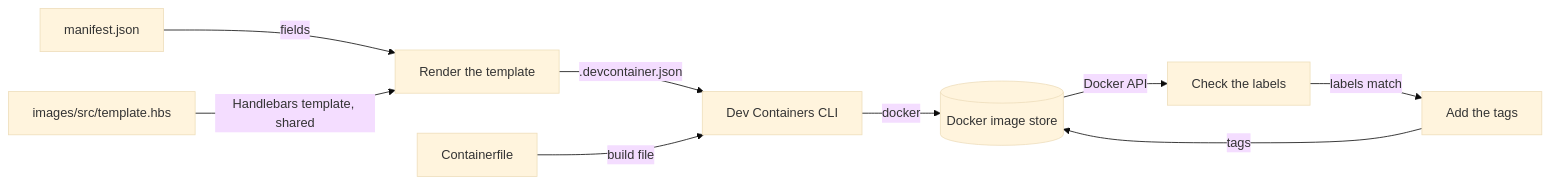
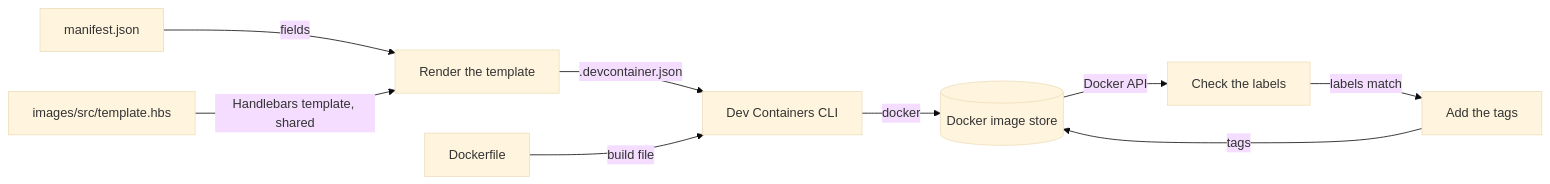
The diagram in docs/images/builds.md (froazin/devcontainers), drawn with Mermaid (base theme) before and after one commit. The commit also changed other lines of this file and 22 other files, not shown here.

First line of the commit message:
feat(images): Run systemd as PID 1 in the base image

````diff
--- a/docs/images/builds.md
+++ b/docs/images/builds.md
@@ -16,13 +16,13 @@
 ```mermaid
 flowchart LR
     accTitle: How an image is built and tagged
-    accDescr: The build renders the image's manifest.json and the shared images/src/template.hbs into the image's .devcontainer.json. The Dev Containers CLI builds the image from it and the Containerfile, by running docker. The image lands in Docker's image store. The build then reads the image through the Docker API, checks its labels against the manifest and adds its tags.
+    accDescr: The build renders the image's manifest.json and the shared images/src/template.hbs into the image's .devcontainer.json. The Dev Containers CLI builds the image from it and the Dockerfile, by running docker. The image lands in Docker's image store. The build then reads the image through the Docker API, checks its labels against the manifest and adds its tags.
     manifest[manifest.json] -->|fields| render[Render the template]
     template[images/src/template.hbs] -->|Handlebars template, shared| render
     render -->|.devcontainer.json| cli[Dev Containers CLI]
-    containerfile[Containerfile] -->|build file| cli
+    dockerfile[Dockerfile] -->|build file| cli
     cli -->|docker| store[(Docker image store)]
     store -->|Docker API| check[Check the labels]
     check -->|labels match| tag[Add the tags]
     tag -->|tags| store
 ```
````
